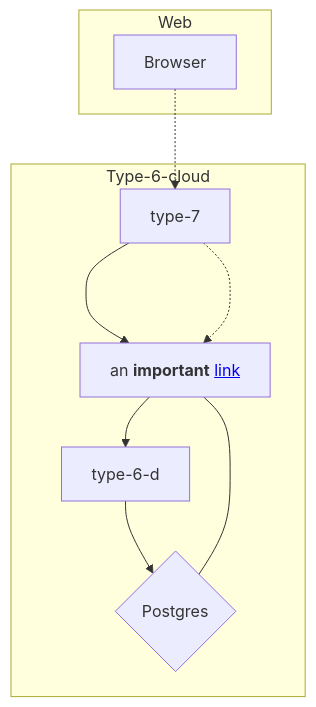
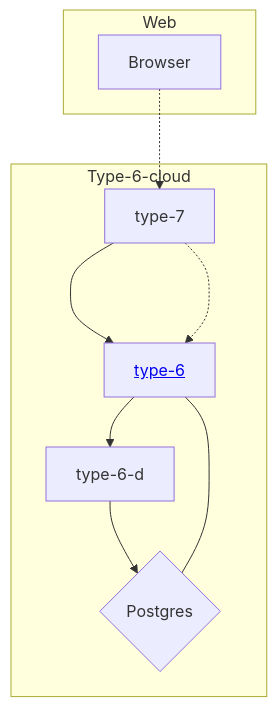
Before and after one commit to timattt/TypeSixCloud: the diagram in Readme.md, drawn with Mermaid.

````diff
--- a/Readme.md
+++ b/Readme.md
@@ -7,13 +7,13 @@
 ```mermaid
 graph TD;
  subgraph Type-6-cloud
-    type-6[an <b>important</b> <a href='http://google.com'>link</a>] --> type-6-d;
+    type-6[<a href='http://google.com'>type-6</a>] --> type-6-d;
     type-7 ---> type-6;
     type-7 -.-> type-6;
     di{Postgres} --- type-6;
     type-6-d --> di{Postgres};
  end
  subgraph Web
    Browser -.-> type-7
  end
 ```
````
